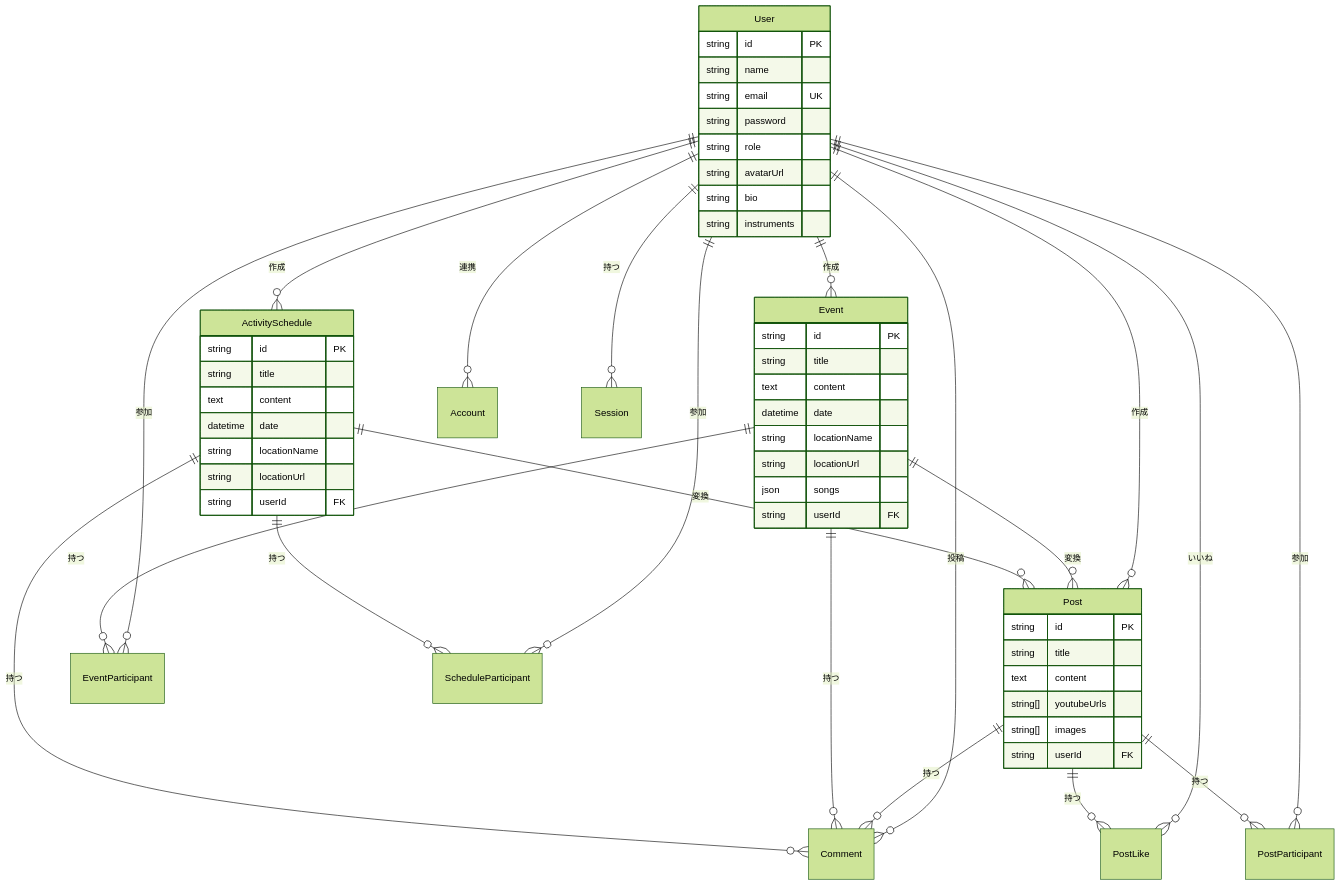
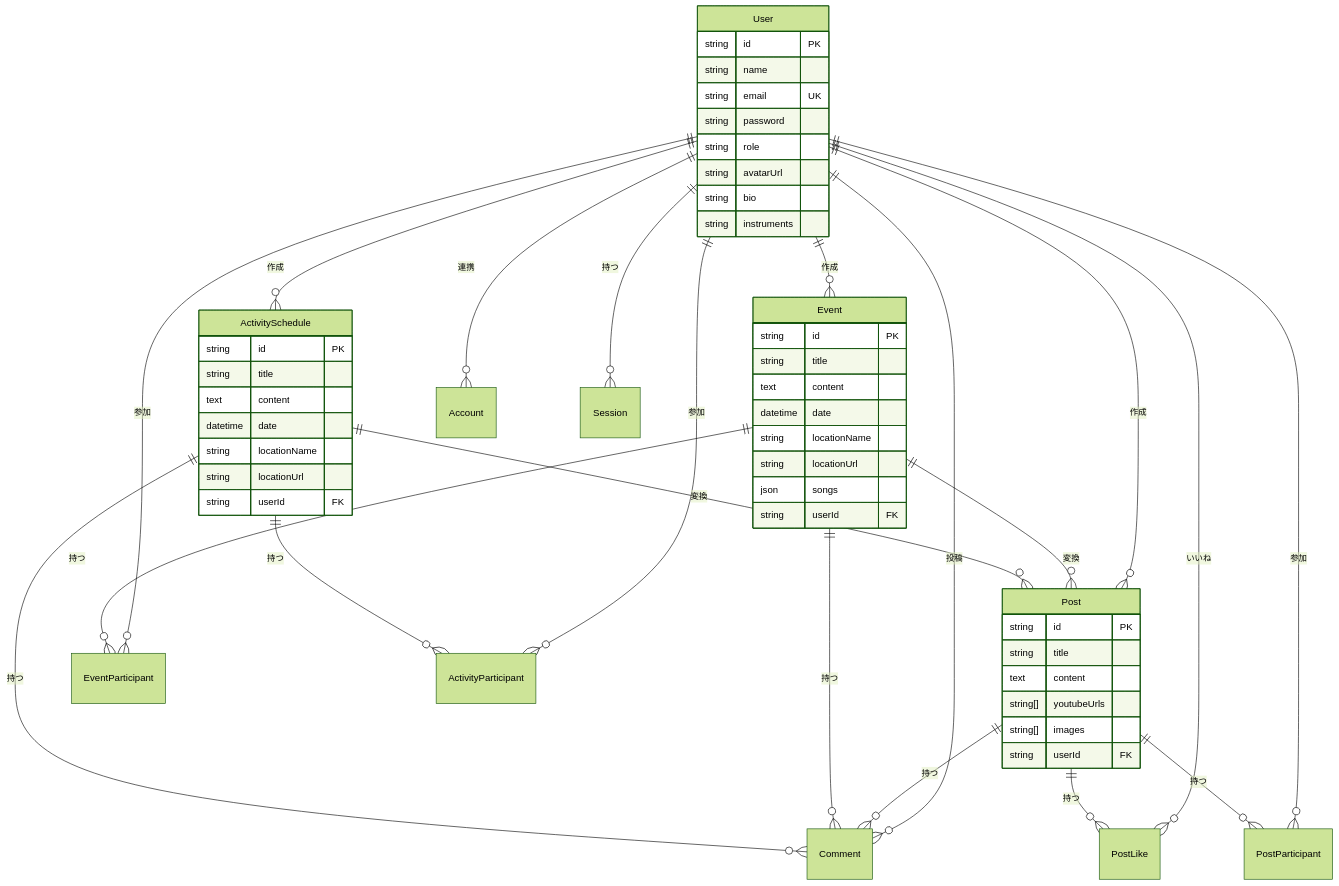
Before and after one commit to shuhei0720/keion-circle-site: the fifth of 12 diagrams in README.md, drawn with Mermaid (forest theme). The commit also changed other lines of this file and 2 other files, not shown here.

First line of the commit message:
fix: スケジュール調整機能（Schedule, ScheduleDate, ScheduleResponse）を完全削除

````diff
--- a/README.md
+++ b/README.md
@@ -209,66 +209,66 @@
 ```mermaid
 erDiagram
     User ||--o{ Post : "作成"
     User ||--o{ Event : "作成"
     User ||--o{ ActivitySchedule : "作成"
     User ||--o{ Comment : "投稿"
     User ||--o{ PostLike : "いいね"
     User ||--o{ PostParticipant : "参加"
     User ||--o{ EventParticipant : "参加"
-    User ||--o{ ScheduleParticipant : "参加"
+    User ||--o{ ActivityParticipant : "参加"
     User ||--o{ Account : "連携"
     User ||--o{ Session : "持つ"
     
     Post ||--o{ Comment : "持つ"
     Post ||--o{ PostLike : "持つ"
     Post ||--o{ PostParticipant : "持つ"
     
     Event ||--o{ Comment : "持つ"
     Event ||--o{ EventParticipant : "持つ"
     Event ||--o{ Post : "変換"
     
     ActivitySchedule ||--o{ Comment : "持つ"
-    ActivitySchedule ||--o{ ScheduleParticipant : "持つ"
+    ActivitySchedule ||--o{ ActivityParticipant : "持つ"
     ActivitySchedule ||--o{ Post : "変換"
     
     User {
         string id PK
         string name
         string email UK
         string password
         string role
         string avatarUrl
         string bio
         string instruments
     }
     
     Post {
         string id PK
         string title
         text content
         string[] youtubeUrls
         string[] images
         string userId FK
     }
     
     Event {
         string id PK
         string title
         text content
         datetime date
         string locationName
         string locationUrl
         json songs
         string userId FK
     }
     
     ActivitySchedule {
         string id PK
         string title
         text content
         datetime date
         string locationName
         string locationUrl
         string userId FK
     }
 ```
````
